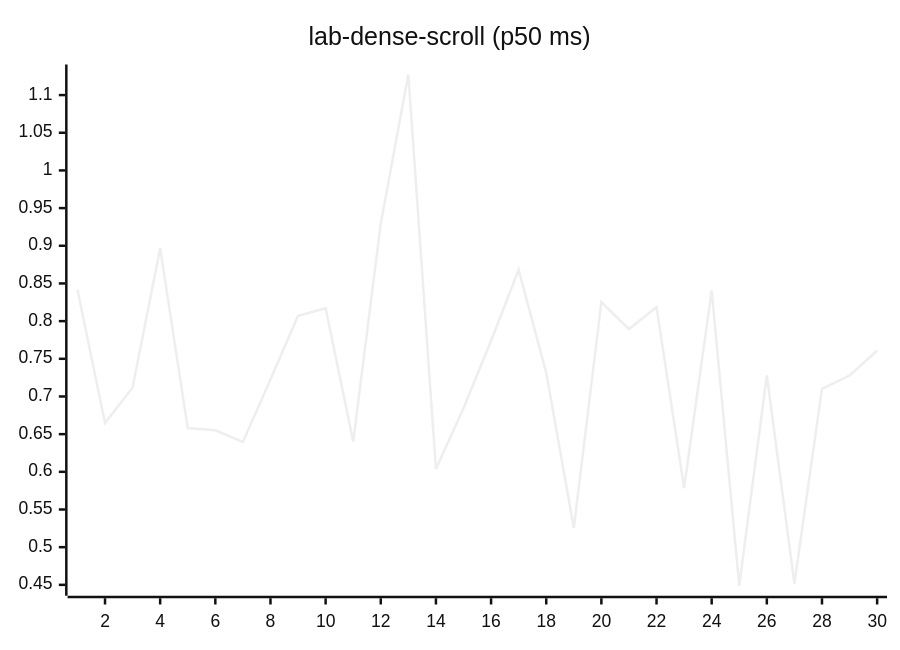
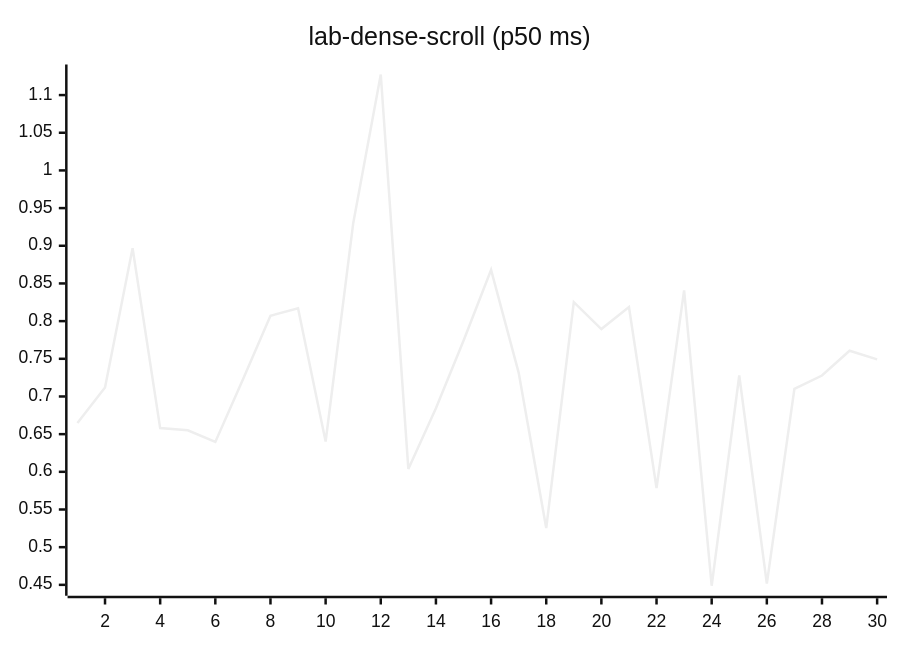
Diagram 12 of 27 in README.md (josha/Facet), drawn with Mermaid (neutral theme) before and after one commit. The commit also changed other lines of this file and 2 other files, not shown here.

````diff
--- a/README.md
+++ b/README.md
@@ -140,6 +140,6 @@
 ```mermaid
 xychart-beta
     title "lab-dense-scroll (p50 ms)"
     x-axis 1 --> 30
-    line [0.8416, 0.6647, 0.7120, 0.8968, 0.6580, 0.6552, 0.6397, 0.7226, 0.8071, 0.8171, 0.6401, 0.9297, 1.1273, 0.6038, 0.6843, 0.7739, 0.8680, 0.7317, 0.5254, 0.8252, 0.7895, 0.8186, 0.5785, 0.8409, 0.4488, 0.7278, 0.4517, 0.7102, 0.7278, 0.7607]
+    line [0.6647, 0.7120, 0.8968, 0.6580, 0.6552, 0.6397, 0.7226, 0.8071, 0.8171, 0.6401, 0.9297, 1.1273, 0.6038, 0.6843, 0.7739, 0.8680, 0.7317, 0.5254, 0.8252, 0.7895, 0.8186, 0.5785, 0.8409, 0.4488, 0.7278, 0.4517, 0.7102, 0.7278, 0.7607, 0.7492]
 ```
````
